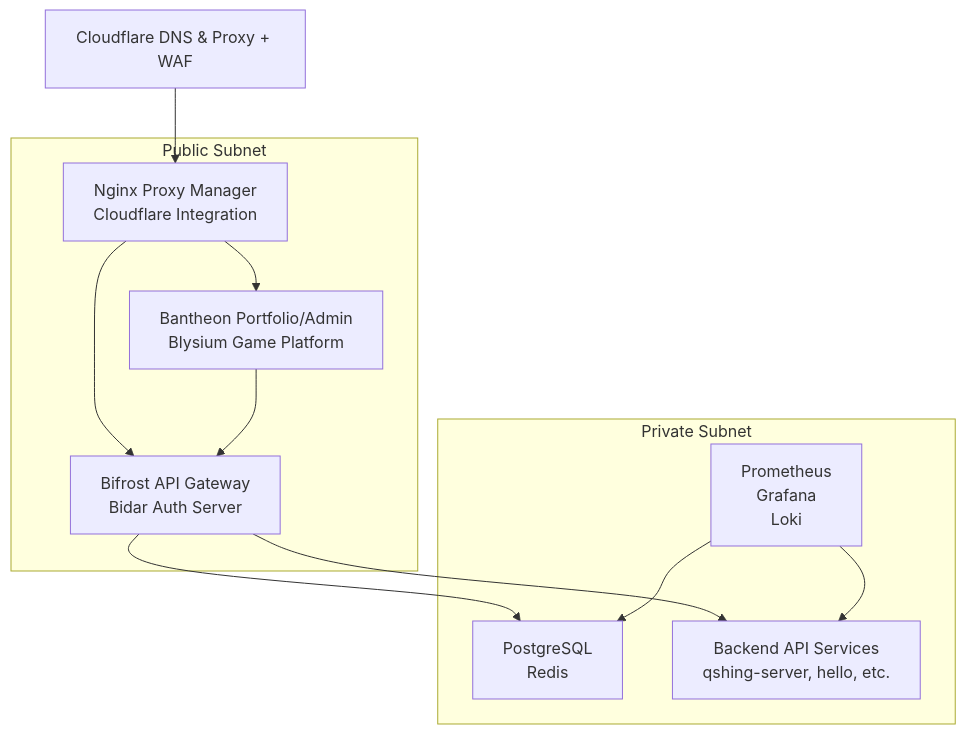
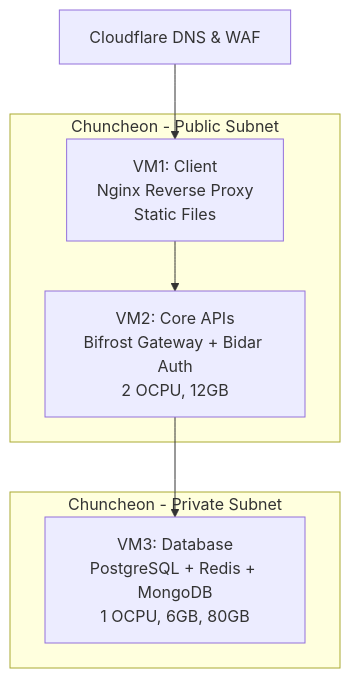
One commit to BNGdrasil/.github changed the first of 2 diagrams in profile/README.md. Above: the diagram before and after it, drawn with Mermaid. The commit also changed other lines of this file and 3 other files, not shown here.

````diff
--- a/profile/README.md
+++ b/profile/README.md
@@ -81,23 +82,15 @@
 ```mermaid
 graph TB
-    subgraph "Public Subnet"
-        VM1[Nginx Proxy Manager<br/>Cloudflare Integration]
-        VM2[Bifrost API Gateway<br/>Bidar Auth Server]
-        VM3[Bantheon Portfolio/Admin<br/>Blysium Game Platform]
+    subgraph "Chuncheon - Public Subnet"
+        VM1[VM1: Client<br/>Nginx Reverse Proxy<br/>Static Files]
+        VM2[VM2: Core APIs<br/>Bifrost Gateway + Bidar Auth<br/>2 OCPU, 12GB]
     end
     
-    subgraph "Private Subnet"
-        VM4[PostgreSQL<br/>Redis]
-        VM5[Prometheus<br/>Grafana<br/>Loki]
-        VM6[Backend API Services<br/>qshing-server, hello, etc.]
+    subgraph "Chuncheon - Private Subnet"
+        VM3[VM3: Database<br/>PostgreSQL + Redis + MongoDB<br/>1 OCPU, 6GB, 80GB]
     end
     
-    Cloudflare[Cloudflare DNS & Proxy + WAF] --> VM1
+    Cloudflare[Cloudflare DNS & WAF] --> VM1
     VM1 --> VM2
-    VM1 --> VM3
-    VM2 --> VM4
-    VM2 --> VM6
-    VM3 --> VM2
-    VM5 --> VM4
-    VM5 --> VM6
+    VM2 --> VM3
 ```
````
